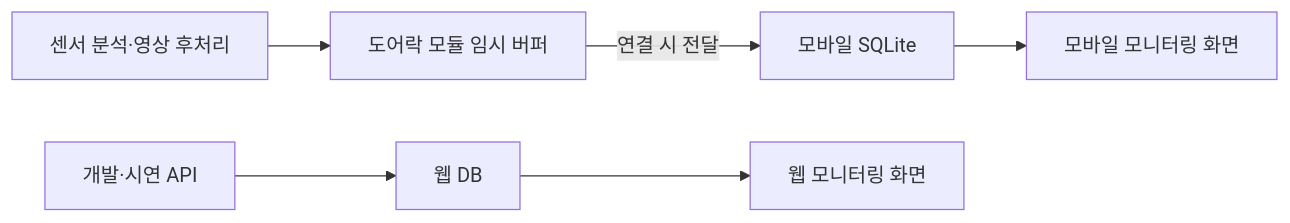
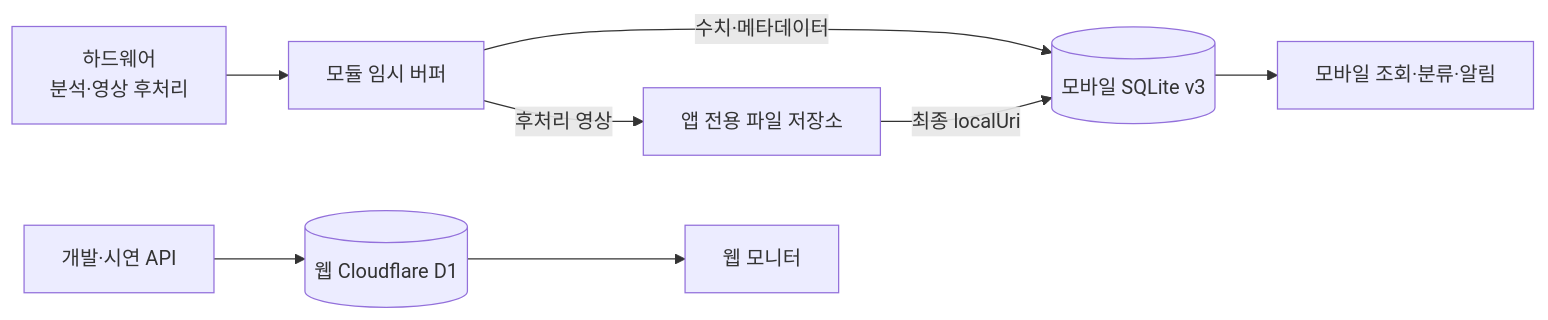
One commit to Uree1229/Risk-ZERO changed the first of 2 diagrams in docs/database-design.md. Above: the diagram before and after it, drawn with Mermaid. The commit also changed other lines of this file and 35 other files, not shown here.

````diff
--- a/docs/database-design.md
+++ b/docs/database-design.md
@@ -16,8 +18,11 @@
 ```mermaid
 flowchart LR
-    A["센서 분석·영상 후처리"] --> B["도어락 모듈 임시 버퍼"]
-    B -->|"연결 시 전달"| C["모바일 SQLite"]
-    C --> D["모바일 모니터링 화면"]
-    E["개발·시연 API"] --> F["웹 DB"]
-    F --> G["웹 모니터링 화면"]
+    HW["하드웨어<br/>분석·영상 후처리"] --> BUF["모듈 임시 버퍼"]
+    BUF -->|"수치·메타데이터"| DB[("모바일 SQLite v3")]
+    BUF -->|"후처리 영상"| FILE["앱 전용 파일 저장소"]
+    FILE -->|"최종 localUri"| DB
+    DB --> APP["모바일 조회·분류·알림"]
+
+    DEV["개발·시연 API"] --> D1[("웹 Cloudflare D1")]
+    D1 --> WEB["웹 모니터"]
 ```
````
